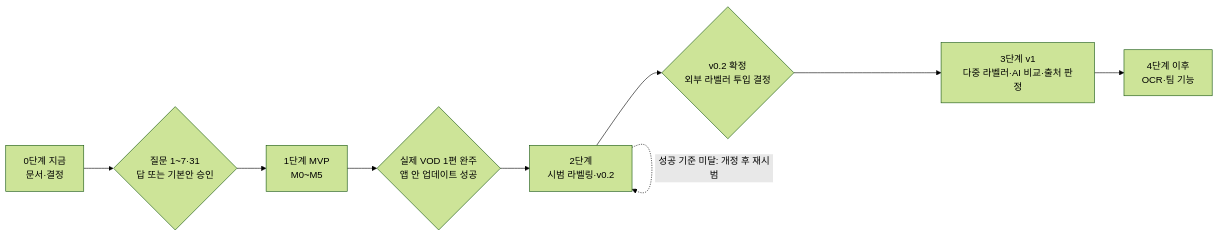
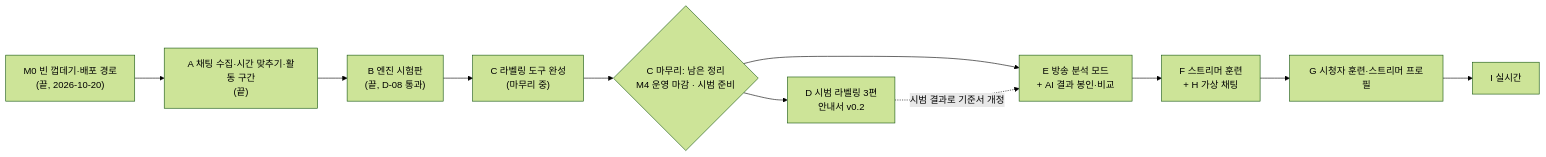
One commit to vtubeadmirer/chatcoach changed the first of 2 diagrams in docs/design/07-roadmap.md. Above: the diagram before and after it, drawn with Mermaid (forest theme). The commit also changed other lines of this file and 46 other files, not shown here.

````diff
--- a/docs/design/07-roadmap.md
+++ b/docs/design/07-roadmap.md
@@ -40,11 +42,13 @@
 ```mermaid
 flowchart LR
-    S0["0단계 지금<br/>문서·결정"] --> G0{"질문 1~7·31<br/>답 또는 기본안 승인"}
-    G0 --> S1["1단계 MVP<br/>M0~M5"]
-    S1 --> G1{"실제 VOD 1편 완주<br/>앱 안 업데이트 성공"}
-    G1 --> S2["2단계<br/>시범 라벨링·v0.2"]
-    S2 --> G2{"v0.2 확정<br/>외부 라벨러 투입 결정"}
-    G2 --> S3["3단계 v1<br/>다중 라벨러·AI 비교·출처 판정"]
-    S3 --> S4["4단계 이후<br/>OCR·팀 기능"]
-    S2 -. "성공 기준 미달: 개정 후 재시범" .-> S2
+    M0["M0 빈 껍데기·배포 경로<br/>(끝, 2026-10-20)"] --> A["A 채팅 수집·시간 맞추기·활동 구간<br/>(끝)"]
+    A --> B["B 엔진 시험판<br/>(끝, D-08 통과)"]
+    B --> C["C 라벨링 도구 완성<br/>(마무리 중)"]
+    C --> CF{"C 마무리: 남은 정리<br/>M4 운영 마감 · 시범 준비"}
+    CF --> E["E 방송 분석 모드<br/>+ AI 결과 봉인·비교"]
+    CF --> D["D 시범 라벨링 3편<br/>안내서 v0.2"]
+    E --> F["F 스트리머 훈련<br/>+ H 가상 채팅"]
+    F --> G["G 시청자 훈련·스트리머 프로필"]
+    G --> I["I 실시간"]
+    D -. "시범 결과로 기준서 개정" .-> E
 ```
````
